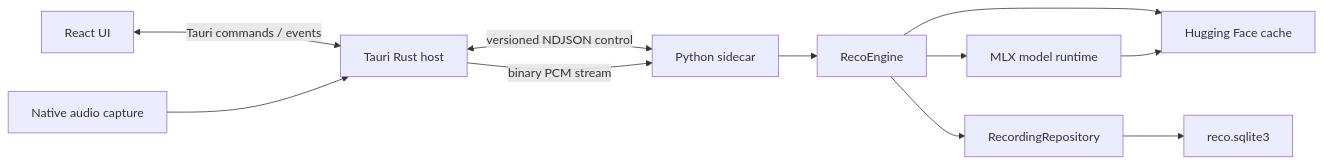
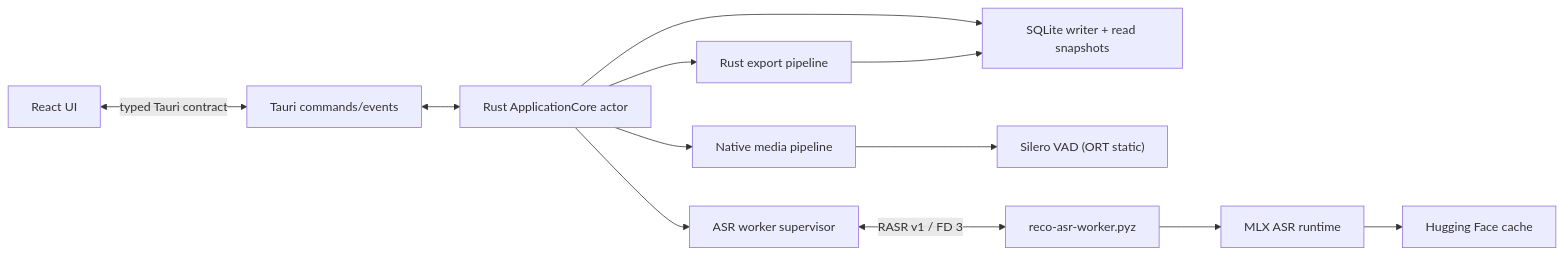
The diagram in docs/application-design.md (ph0ryn/RecoGUI), drawn with Mermaid before and after one commit. The commit also changed other lines of this file and 2 other files, not shown here.

Commit message:
docs: define Rust-owned application architecture

````diff
--- a/docs/application-design.md
+++ b/docs/application-design.md
@@ -10,23 +11,26 @@
 ```mermaid
 flowchart LR
   UI["React UI"]
-  Host["Tauri Rust host"]
-  Capture["Native audio capture"]
-  Sidecar["Python sidecar"]
-  Engine["RecoEngine"]
-  Runtime["MLX model runtime"]
-  HFCache["Hugging Face cache"]
-  Repository["RecordingRepository"]
-  Database["reco.sqlite3"]
+  Tauri["Tauri commands/events"]
+  Core["Rust ApplicationCore actor"]
+  Store["SQLite writer + read snapshots"]
+  Media["Native media pipeline"]
+  VAD["Silero VAD (ORT static)"]
+  Supervisor["ASR worker supervisor"]
+  Worker["reco-asr-worker.pyz"]
+  MLX["MLX ASR runtime"]
+  Cache["Hugging Face cache"]
+  Export["Rust export pipeline"]
 
-  UI <-->|"Tauri commands / events"| Host
-  Host <-->|"versioned NDJSON control"| Sidecar
-  Host -->|"binary PCM stream"| Sidecar
-  Capture --> Host
-  Sidecar --> Engine
-  Engine --> Runtime
-  Engine --> HFCache
-  Runtime --> HFCache
-  Engine --> Repository
-  Repository --> Database
+  UI <-->|"typed Tauri contract"| Tauri
+  Tauri <--> Core
+  Core --> Store
+  Core --> Media
+  Media --> VAD
+  Core --> Supervisor
+  Supervisor <-->|"RASR v1 / FD 3"| Worker
+  Worker --> MLX
+  MLX --> Cache
+  Core --> Export
+  Export --> Store
 ```
````
